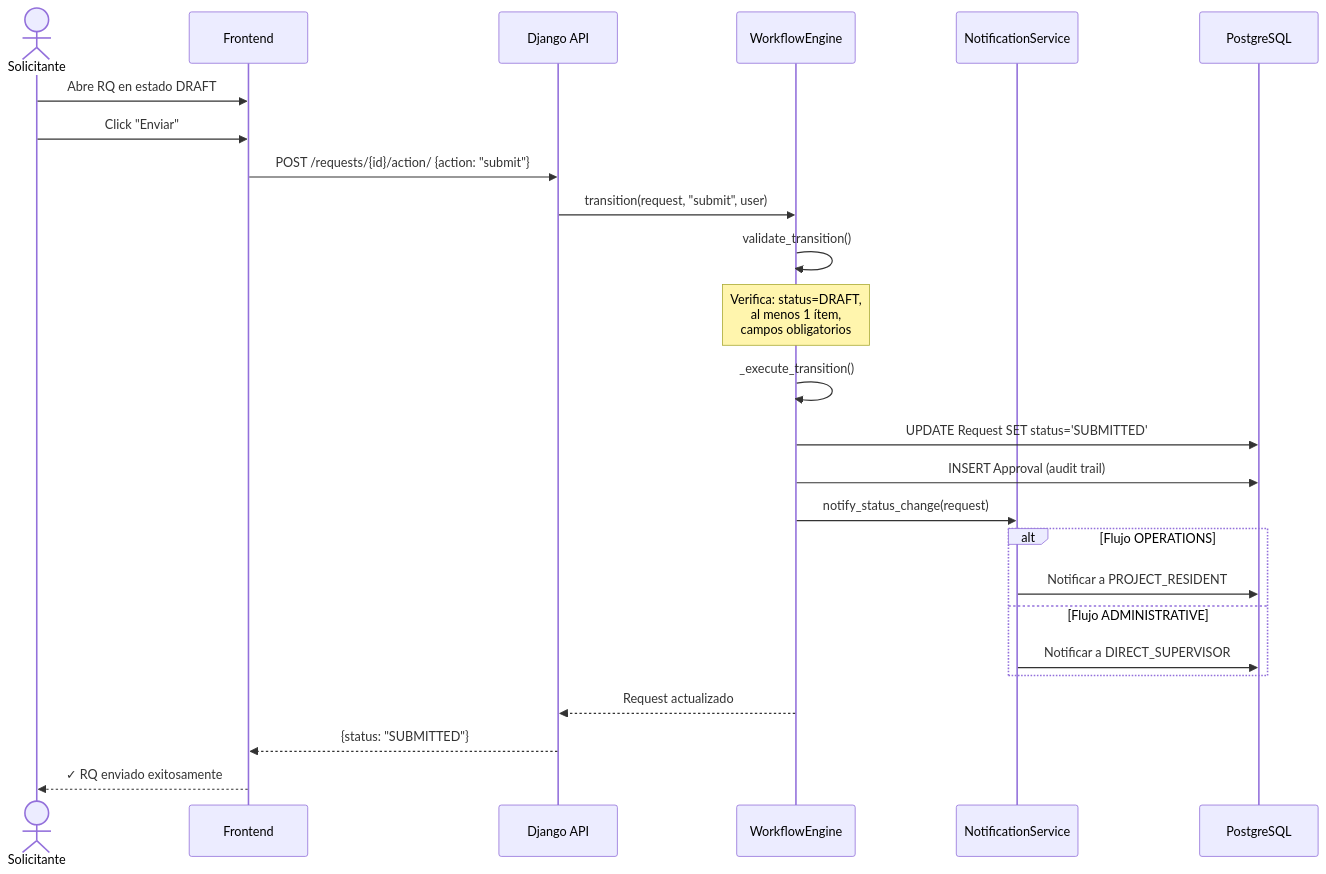
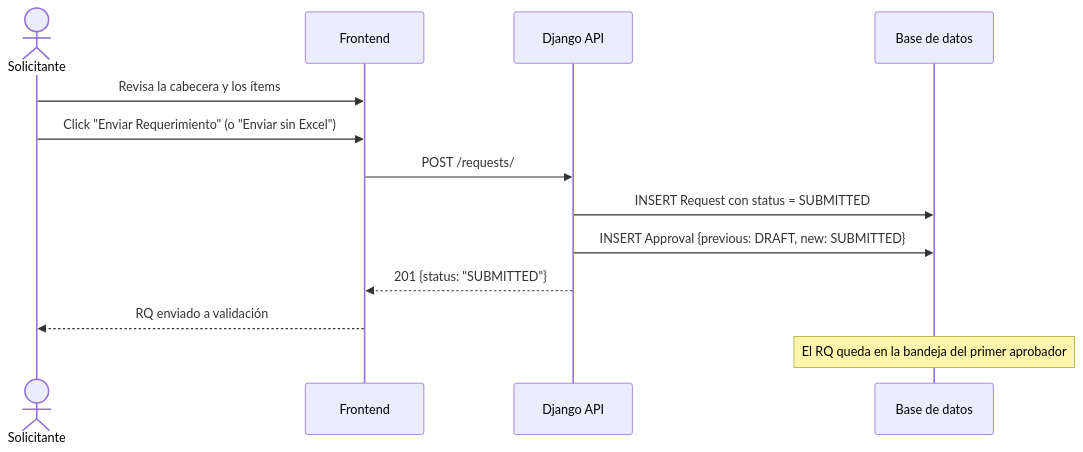
One commit to pccpegit/SYSPCCLOG changed the fourth of 25 diagrams in docs/01_Casos_de_Uso.md. Above: the diagram before and after it, drawn with Mermaid. The commit also changed other lines of this file and 42 other files, not shown here.

````diff
--- a/docs/01_Casos_de_Uso.md
+++ b/docs/01_Casos_de_Uso.md
@@ -216,30 +288,16 @@
 ```mermaid
 sequenceDiagram
     actor REQ as Solicitante
     participant UI as Frontend
     participant API as Django API
-    participant WF as WorkflowEngine
-    participant NS as NotificationService
-    participant DB as PostgreSQL
+    participant DB as Base de datos
 
-    REQ->>UI: Abre RQ en estado DRAFT
-    REQ->>UI: Click "Enviar"
-    UI->>API: POST /requests/{id}/action/ {action: "submit"}
-    API->>WF: transition(request, "submit", user)
-    WF->>WF: validate_transition()
-    Note over WF: Verifica: status=DRAFT,<br/>al menos 1 ítem,<br/>campos obligatorios
-    WF->>WF: _execute_transition()
-    WF->>DB: UPDATE Request SET status='SUBMITTED'
-    WF->>DB: INSERT Approval (audit trail)
-    WF->>NS: notify_status_change(request)
-
-    alt Flujo OPERATIONS
-        NS->>DB: Notificar a PROJECT_RESIDENT
-    else Flujo ADMINISTRATIVE
-        NS->>DB: Notificar a DIRECT_SUPERVISOR
-    end
-
-    WF-->>API: Request actualizado
-    API-->>UI: {status: "SUBMITTED"}
-    UI-->>REQ: ✓ RQ enviado exitosamente
+    REQ->>UI: Revisa la cabecera y los ítems
+    REQ->>UI: Click "Enviar Requerimiento" (o "Enviar sin Excel")
+    UI->>API: POST /requests/
+    API->>DB: INSERT Request con status = SUBMITTED
+    API->>DB: INSERT Approval {previous: DRAFT, new: SUBMITTED}
+    API-->>UI: 201 {status: "SUBMITTED"}
+    UI-->>REQ: RQ enviado a validación
+    Note over DB: El RQ queda en la bandeja del primer aprobador
 ```
````
